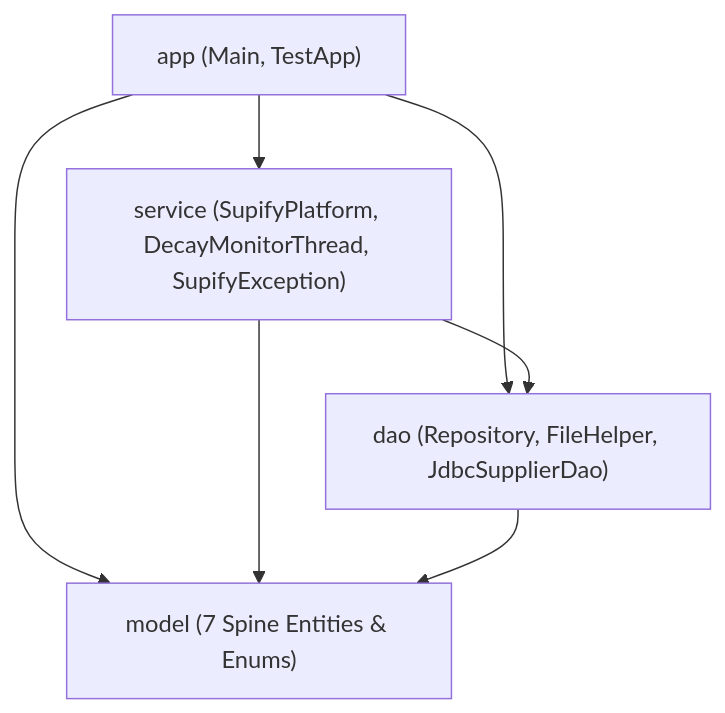
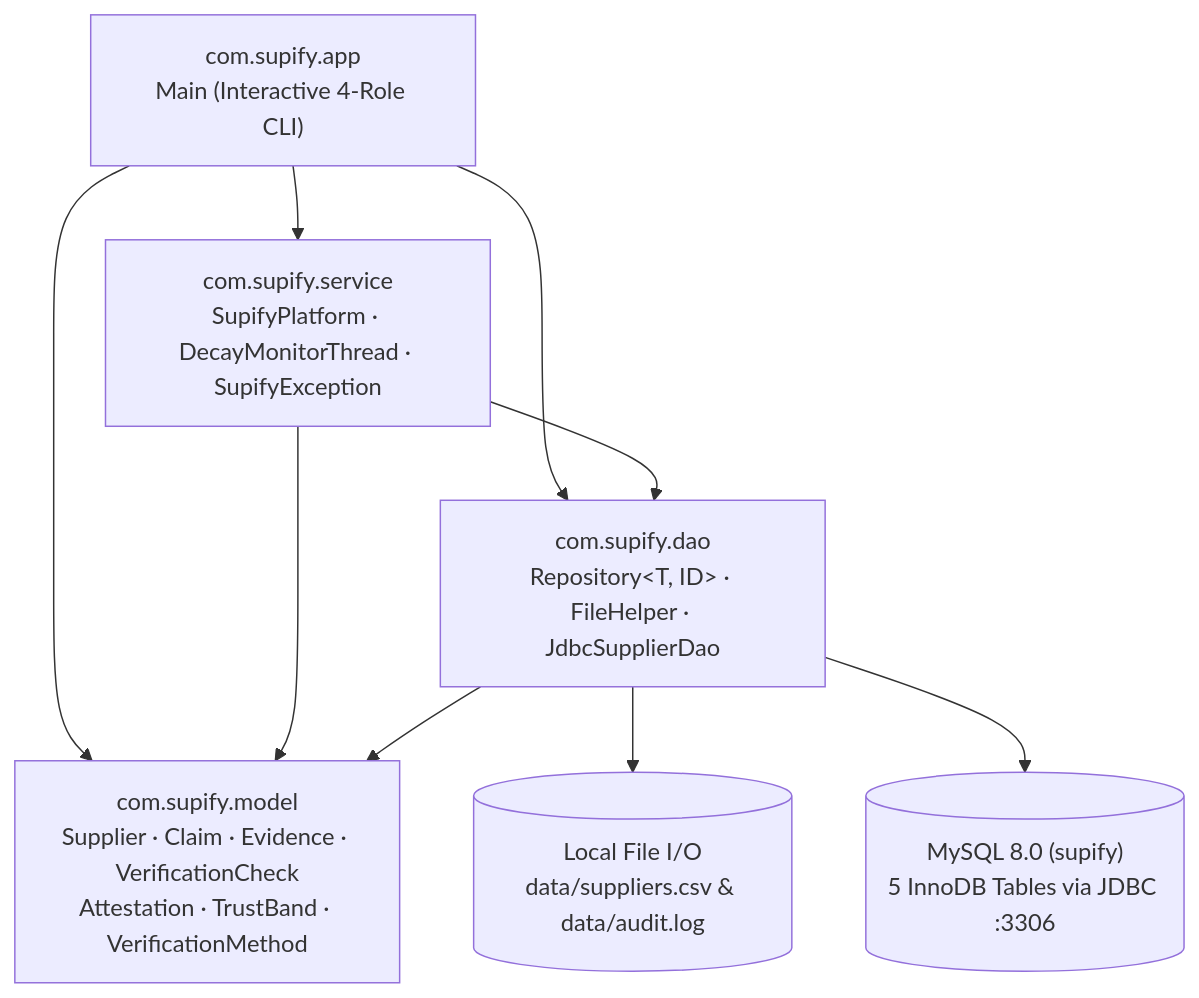
Before and after one commit to ArchitSublok/supify: the first of 3 diagrams in docs/backend-architecture.md, drawn with Mermaid. The commit also changed other lines of this file and 29 other files, not shown here.

Commit message:
docs: reconstruct UML/ER diagrams, live MySQL/JDBC entries, remove test suite mentions, and organize visuals under albums/

````diff
--- a/docs/backend-architecture.md
+++ b/docs/backend-architecture.md
@@ -9,10 +9,18 @@
 ```mermaid
 flowchart TD
-    APP["app (Main, TestApp)"] --> SVC["service (SupifyPlatform, DecayMonitorThread, SupifyException)"]
-    APP --> DAO["dao (Repository, FileHelper, JdbcSupplierDao)"]
-    APP --> MODEL["model (7 Spine Entities & Enums)"]
+    APP["com.supify.app<br/>Main (Interactive 4-Role CLI)"]
+    SVC["com.supify.service<br/>SupifyPlatform · DecayMonitorThread · SupifyException"]
+    DAO["com.supify.dao<br/>Repository&lt;T, ID&gt; · FileHelper · JdbcSupplierDao"]
+    MODEL["com.supify.model<br/>Supplier · Claim · Evidence · VerificationCheck<br/>Attestation · TrustBand · VerificationMethod"]
+    FS[("Local File I/O<br/>data/suppliers.csv &amp; data/audit.log")]
+    DB[("MySQL 8.0 (supify)<br/>5 InnoDB Tables via JDBC :3306")]
 
+    APP --> SVC
+    APP --> DAO
+    APP --> MODEL
     SVC --> DAO
     SVC --> MODEL
     DAO --> MODEL
+    DAO --> FS
+    DAO --> DB
 ```
````
